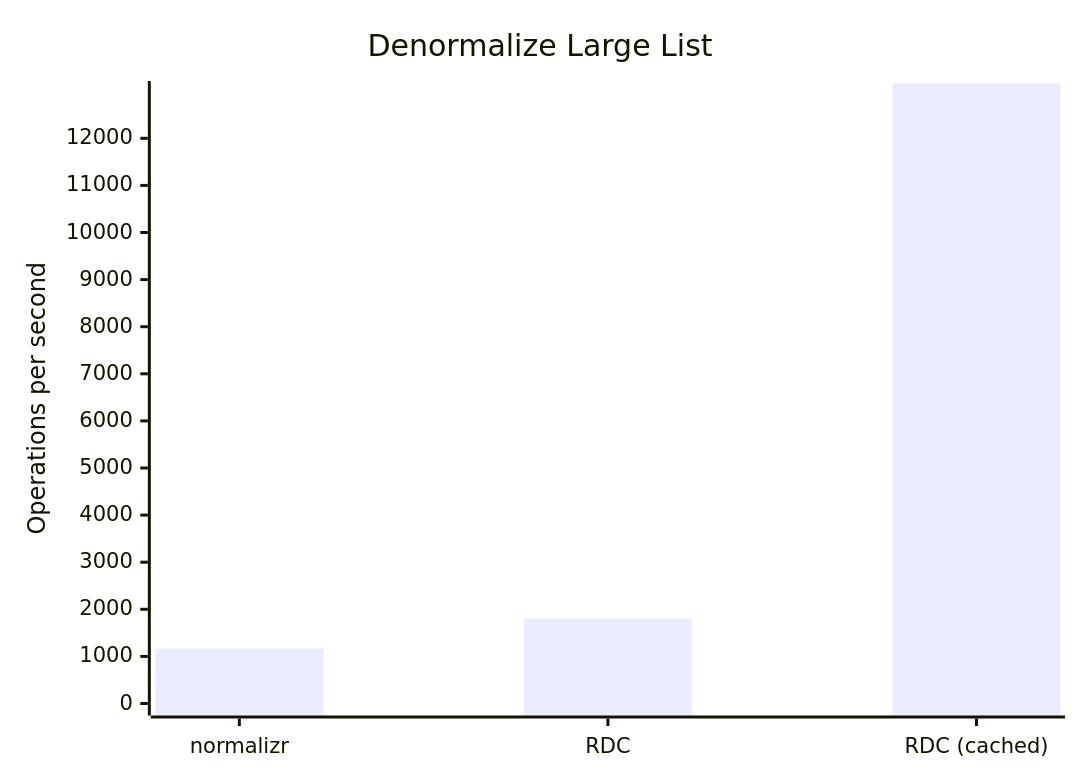
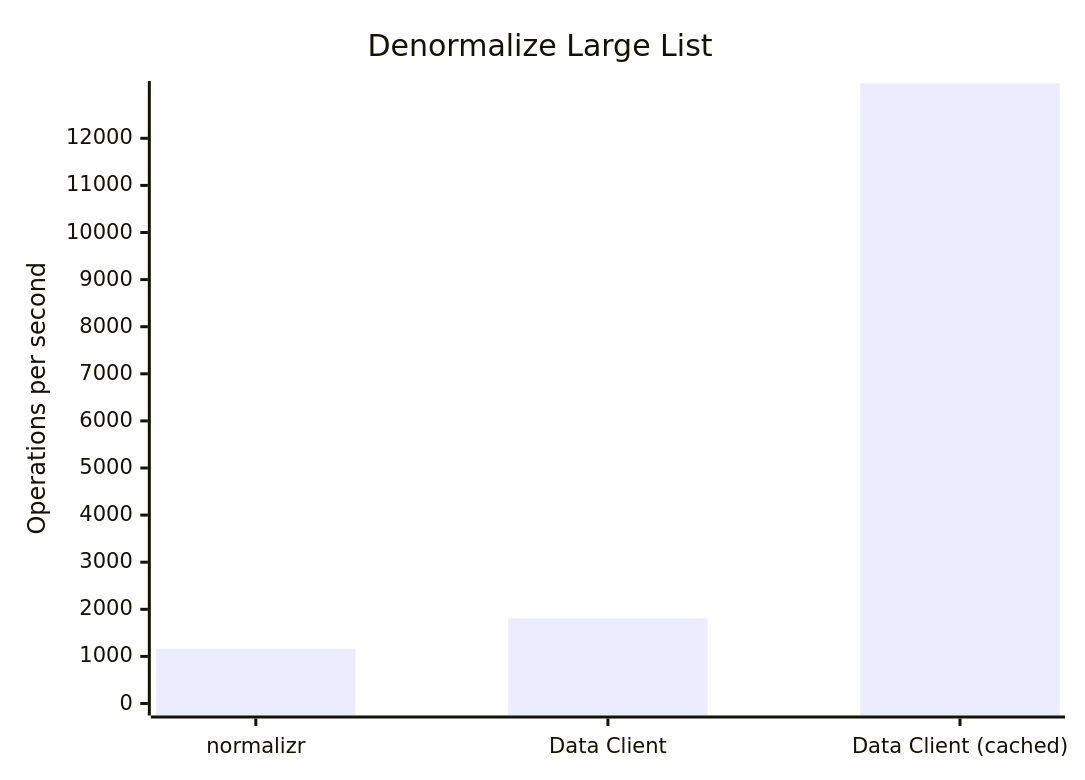
Before and after one commit to reactive/data-client: the second of 2 diagrams in docs/core/concepts/normalization.md, drawn with Mermaid. The commit also changed other lines of this file and 19 other files, not shown here.

Commit message:
docs: RDC -> Data Client as abbreviation

````diff
--- a/docs/core/concepts/normalization.md
+++ b/docs/core/concepts/normalization.md
@@ -417,7 +417,7 @@
 ```mermaid
 xychart-beta
     title "Denormalize Large List"
-    x-axis [normalizr, "RDC", "RDC (cached)"]
+    x-axis [normalizr, "Data Client", "Data Client (cached)"]
     y-axis "Operations per second" 0 --> 12962
     bar [1165, 1807, 13168]
 ```
````
